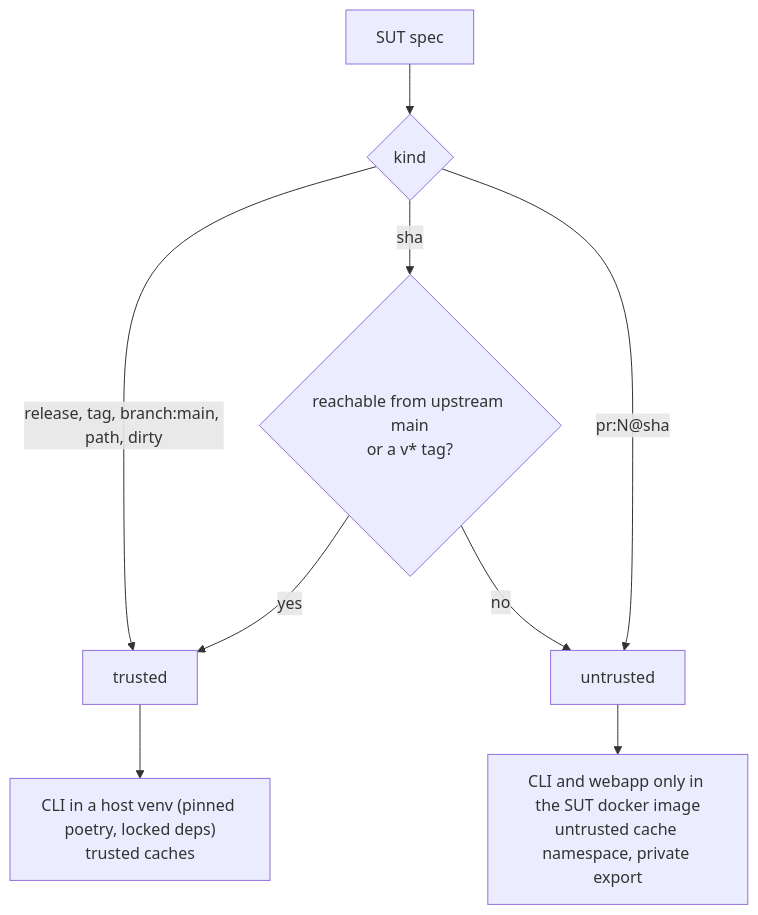
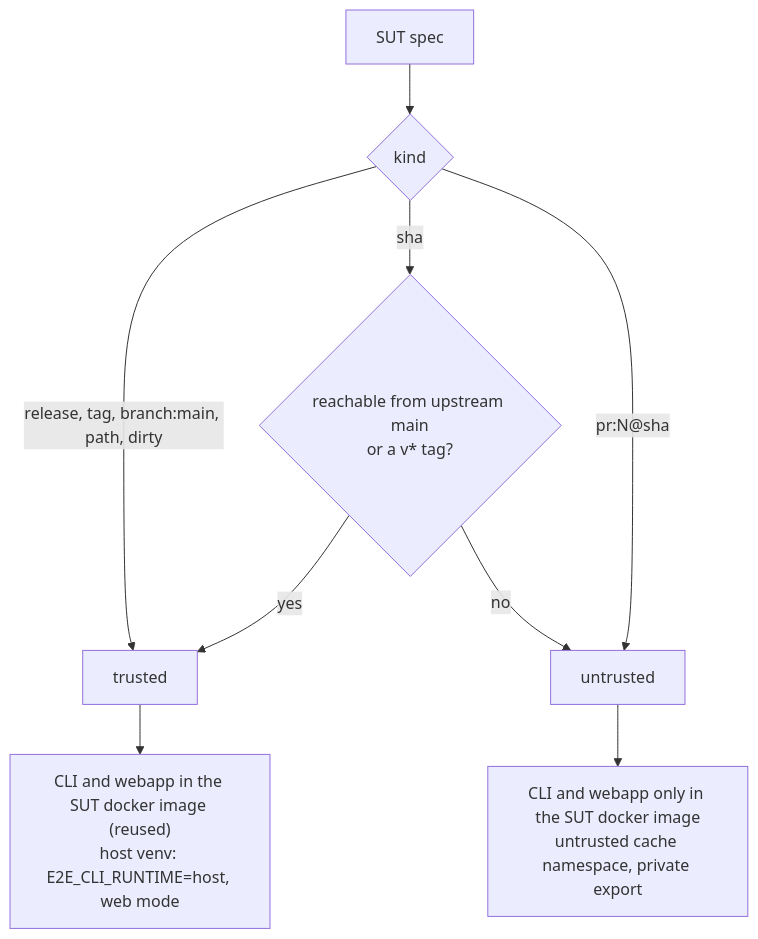
Before and after one commit to heurtematte/otterdog-e2e: the fourth of 5 diagrams in docs/architecture.md, drawn with Mermaid. The commit also changed other lines of this file and 23 other files, not shown here.

First line of the commit message:
feat: run every otterdog CLI in the docker image of its SUT (E2E_CLI_RUNTIME)

````diff
--- a/docs/architecture.md
+++ b/docs/architecture.md
@@ -300,11 +300,11 @@
 ```mermaid
 flowchart TD
   A["SUT spec"] --> K{"kind"}
   K -->|"release, tag, branch:main, path, dirty"| T["trusted"]
   K -->|"sha"| R{"reachable from upstream main<br/>or a v* tag?"}
   R -->|"yes"| T
   R -->|"no"| U["untrusted"]
   K -->|"pr:N@sha"| U
-  T --> TH["CLI in a host venv (pinned poetry, locked deps)<br/>trusted caches"]
+  T --> TD["CLI and webapp in the SUT docker image (reused)<br/>host venv: E2E_CLI_RUNTIME=host, web mode"]
   U --> UD["CLI and webapp only in the SUT docker image<br/>untrusted cache namespace, private export"]
 ```
````
